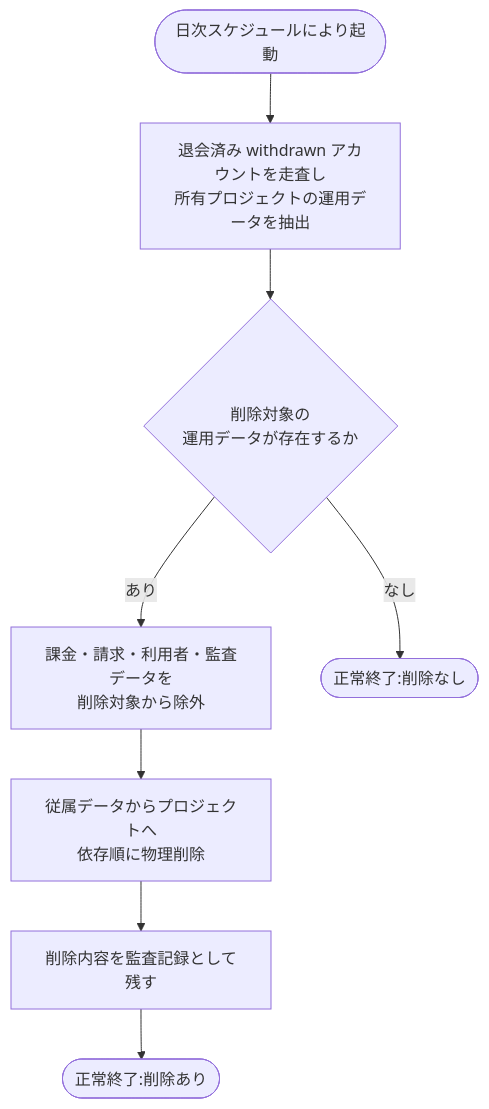
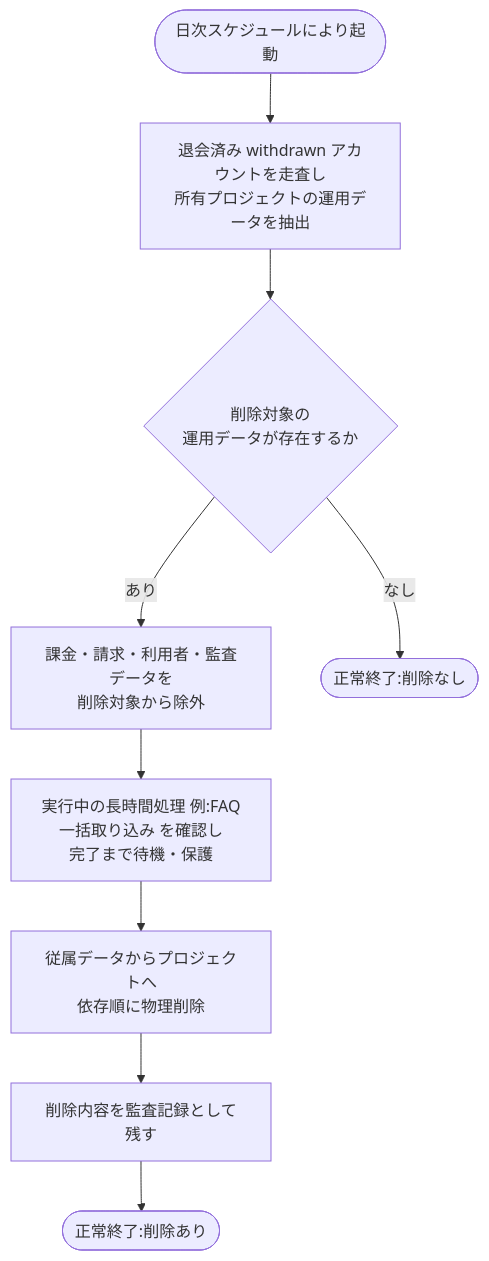
One commit to sikakou54/open-faq changed the diagram in 02_basic_design/02_backend/01_system/SYS-027.md. Above: the diagram before and after it, drawn with Mermaid. The commit also changed other lines of this file and 99 other files, not shown here.

````diff
--- a/02_basic_design/02_backend/01_system/SYS-027.md
+++ b/02_basic_design/02_backend/01_system/SYS-027.md
@@ -38,10 +39,11 @@
 ```mermaid
 flowchart TB
   S([日次スケジュールにより起動]) --> A[退会済み withdrawn アカウントを走査し<br/>所有プロジェクトの運用データを抽出]
   A --> B{削除対象の<br/>運用データが存在するか}
   B -- あり --> C[課金・請求・利用者・監査データを<br/>削除対象から除外]
-  C --> D[従属データからプロジェクトへ<br/>依存順に物理削除]
+  C --> J[実行中の長時間処理 例:FAQ一括取り込み を確認し<br/>完了まで待機・保護]
+  J --> D[従属データからプロジェクトへ<br/>依存順に物理削除]
   D --> E[削除内容を監査記録として残す]
   E --> F([正常終了:削除あり])
   B -- なし --> G([正常終了:削除なし])
 ```
````
